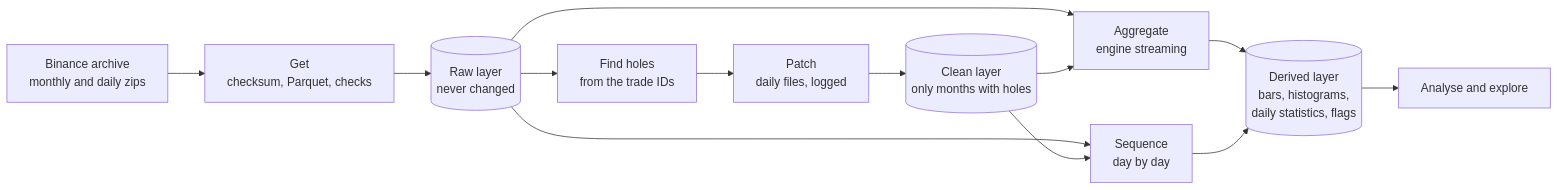
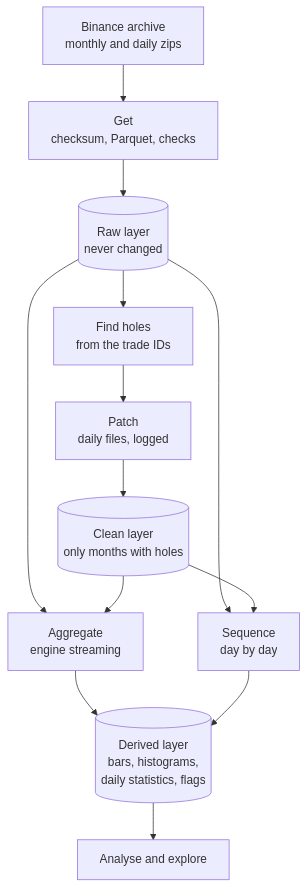
The diagram in lectures/12-tick-data-the-tape/lecture.md (MaxGnesi/systematic-trading-notes), drawn with Mermaid before and after one commit. The commit also changed other lines of this file and 4 other files, not shown here.

Commit message:
Lecture 12 §8: what a candle loses; pipeline diagram top-down

````diff
--- a/lectures/12-tick-data-the-tape/lecture.md
+++ b/lectures/12-tick-data-the-tape/lecture.md
@@ -160,15 +160,15 @@
 ```mermaid
-flowchart LR
+flowchart TD
     A[Binance archive<br/>monthly and daily zips] --> B[Get<br/>checksum, Parquet, checks]
     B --> C[(Raw layer<br/>never changed)]
     C --> D[Find holes<br/>from the trade IDs]
     D --> E[Patch<br/>daily files, logged]
     E --> F[(Clean layer<br/>only months with holes)]
     C --> G[Aggregate<br/>engine streaming]
     F --> G
     C --> H[Sequence<br/>day by day]
     F --> H
     G --> I[(Derived layer<br/>bars, histograms,<br/>daily statistics, flags)]
     H --> I
     I --> J[Analyse and explore]
 ```
````
